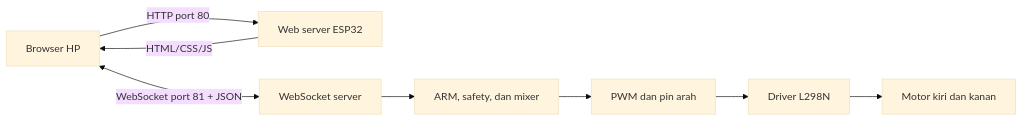
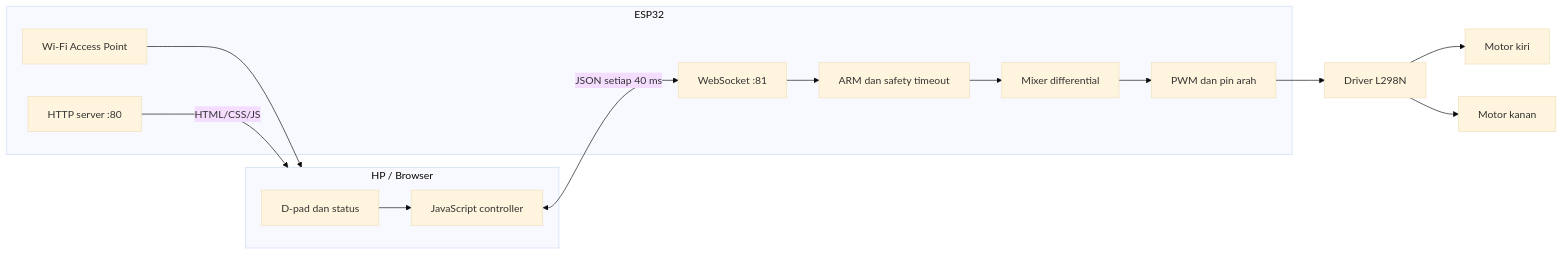
One commit to HafizhHabiibi/esp32-web-controller changed the first of 3 diagrams in README.md. Above: the diagram before and after it, drawn with Mermaid (base theme). The commit also changed other lines of this file, not shown here.

````diff
--- a/README.md
+++ b/README.md
@@ -228,10 +303,25 @@
 ```mermaid
 flowchart LR
-    HP[Browser HP] -->|HTTP port 80| WEB[Web server ESP32]
-    WEB -->|HTML/CSS/JS| HP
-    HP <-->|WebSocket port 81 + JSON| WS[WebSocket server]
-    WS --> CTRL[ARM, safety, dan mixer]
-    CTRL --> PWM[PWM dan pin arah]
+    subgraph PHONE[HP / Browser]
+        UI[D-pad dan status]
+        JS[JavaScript controller]
+    end
+
+    subgraph ESP[ESP32]
+        AP[Wi-Fi Access Point]
+        HTTP[HTTP server :80]
+        WS[WebSocket :81]
+        SAFE[ARM dan safety timeout]
+        MIX[Mixer differential]
+        PWM[PWM dan pin arah]
+    end
+
+    UI --> JS
+    AP --> PHONE
+    HTTP -->|HTML/CSS/JS| PHONE
+    JS <-->|JSON setiap 40 ms| WS
+    WS --> SAFE --> MIX --> PWM
     PWM --> L298N[Driver L298N]
-    L298N --> MOTORS[Motor kiri dan kanan]
+    L298N --> ML[Motor kiri]
+    L298N --> MR[Motor kanan]
 ```
````
